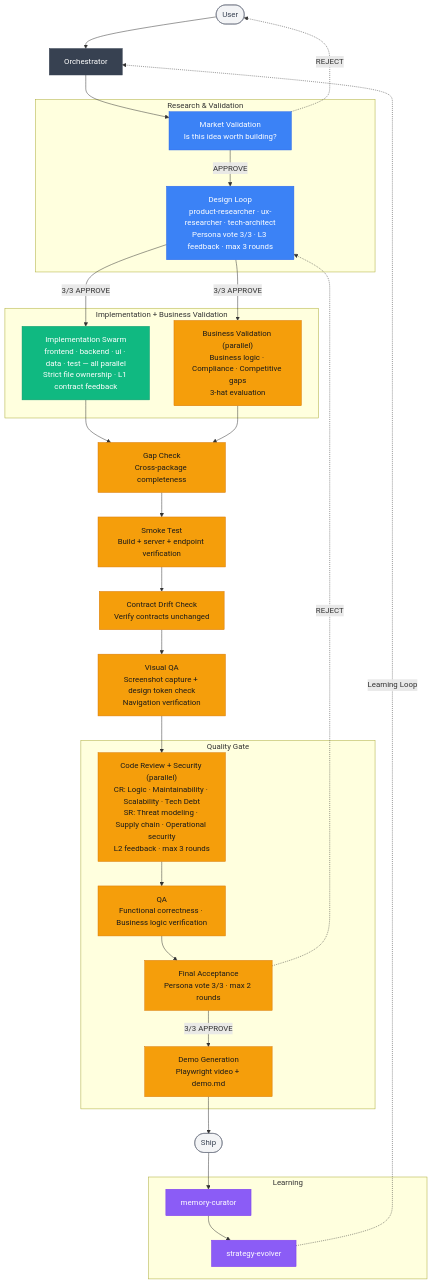
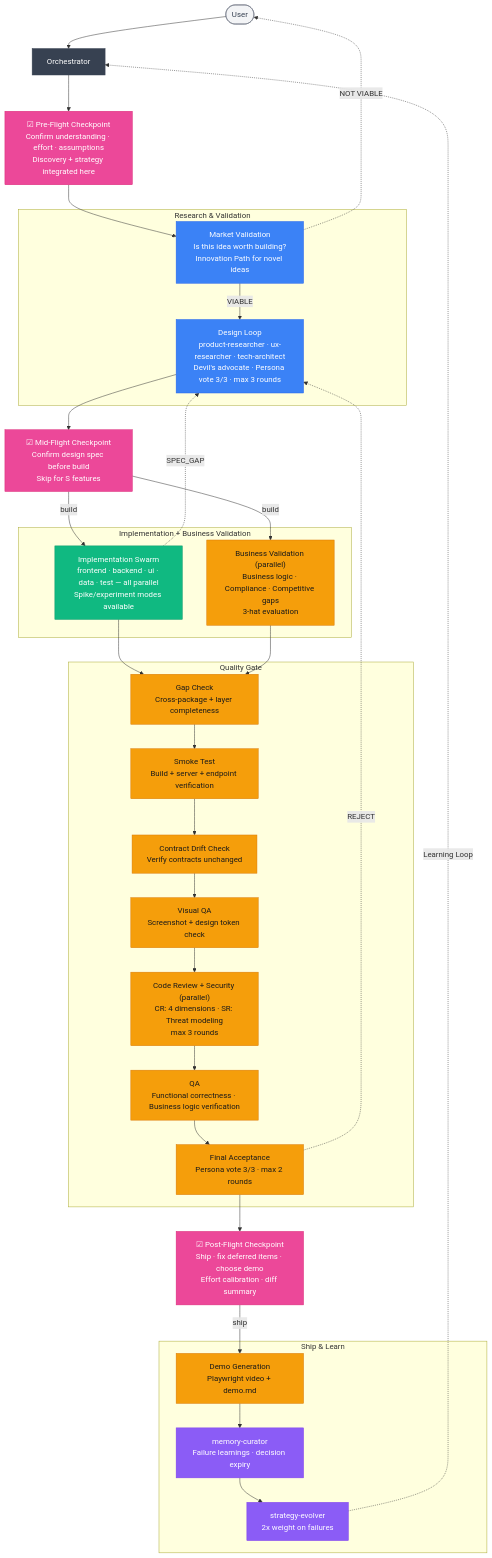
Before and after one commit to zee-sandev/solo-dev: the diagram in wiki/Feature-Lifecycle.md, drawn with Mermaid. The commit also changed other lines of this file and 23 other files, not shown here.

First line of the commit message:
feat: add 12 anti-bias systems, spike/experiment modes, effort calibration, and 22-agent architecture

````diff
--- a/wiki/Feature-Lifecycle.md
+++ b/wiki/Feature-Lifecycle.md
@@ -7,53 +7,67 @@
 ```mermaid
 flowchart TD
     classDef orch fill:#374151,color:#fff,stroke:#374151
     classDef research fill:#3b82f6,color:#fff,stroke:#2563eb
     classDef impl fill:#10b981,color:#fff,stroke:#059669
     classDef quality fill:#f59e0b,color:#1a1a1a,stroke:#d97706
     classDef memory fill:#8b5cf6,color:#fff,stroke:#7c3aed
     classDef terminal fill:#f3f4f6,stroke:#6b7280,color:#374151
+    classDef checkpoint fill:#ec4899,color:#fff,stroke:#db2777
 
     U([User]):::terminal --> O[Orchestrator]:::orch
 
+    O --> PF["☑ Pre-Flight Checkpoint<br/>Confirm understanding · effort · assumptions<br/>Discovery + strategy integrated here"]:::checkpoint
+
     subgraph RESEARCH["  Research & Validation  "]
-        P0["Market Validation<br/>Is this idea worth building?"]:::research
-        P12["Design Loop<br/>product-researcher · ux-researcher · tech-architect<br/>Persona vote 3/3 · L3 feedback · max 3 rounds"]:::research
+        P0["Market Validation<br/>Is this idea worth building?<br/>Innovation Path for novel ideas"]:::research
+        P12["Design Loop<br/>product-researcher · ux-researcher · tech-architect<br/>Devil's advocate · Persona vote 3/3 · max 3 rounds"]:::research
     end
 
+    PF --> P0
+    P0 -->|VIABLE| P12
+    P0 -.->|NOT VIABLE| U
+
+    P12 --> MF["☑ Mid-Flight Checkpoint<br/>Confirm design spec before build<br/>Skip for S features"]:::checkpoint
+
     subgraph IMPL["  Implementation + Business Validation  "]
-        P2["Implementation Swarm<br/>frontend · backend · ui · data · test — all parallel<br/>Strict file ownership · L1 contract feedback"]:::impl
+        P2["Implementation Swarm<br/>frontend · backend · ui · data · test — all parallel<br/>Spike/experiment modes available"]:::impl
         BV["Business Validation (parallel)<br/>Business logic · Compliance · Competitive gaps<br/>3-hat evaluation"]:::quality
     end
 
+    MF -->|build| P2
+    MF -->|build| BV
+    P2 -.->|SPEC_GAP| P12
+
     subgraph QUALITY["  Quality Gate  "]
-        P3["Code Review + Security (parallel)<br/>CR: Logic · Maintainability · Scalability · Tech Debt<br/>SR: Threat modeling · Supply chain · Operational security<br/>L2 feedback · max 3 rounds"]:::quality
+        GC["Gap Check<br/>Cross-package + layer completeness"]:::quality
+        ST["Smoke Test<br/>Build + server + endpoint verification"]:::quality
+        DCH["Contract Drift Check<br/>Verify contracts unchanged"]:::quality
+        VQA["Visual QA<br/>Screenshot + design token check"]:::quality
+        P3["Code Review + Security (parallel)<br/>CR: 4 dimensions · SR: Threat modeling<br/>max 3 rounds"]:::quality
         P45["QA<br/>Functional correctness · Business logic verification"]:::quality
         P7["Final Acceptance<br/>Persona vote 3/3 · max 2 rounds"]:::quality
-        P8["Demo Generation<br/>Playwright video + demo.md"]:::quality
     end
 
-    subgraph LEARNING["  Learning  "]
-        MC[memory-curator]:::memory
-        SE[strategy-evolver]:::memory
-    end
-
-    O --> P0
-    P0 -->|APPROVE| P12
-    P0 -.->|REJECT| U
-    P12 -->|3/3 APPROVE| P2
-    P12 -->|3/3 APPROVE| BV
-    P2 --> GC["Gap Check<br/>Cross-package completeness"]:::quality
+    P2 --> GC
     BV --> GC
-    GC --> ST["Smoke Test<br/>Build + server + endpoint verification"]:::quality
-    ST --> DCH["Contract Drift Check<br/>Verify contracts unchanged"]:::quality
-    DCH --> VQA["Visual QA<br/>Screenshot capture + design token check<br/>Navigation verification"]:::quality
+    GC --> ST
+    ST --> DCH
+    DCH --> VQA
     VQA --> P3
     P3 --> P45
     P45 --> P7
-    P7 -->|3/3 APPROVE| P8
     P7 -.->|REJECT| P12
-    P8 --> SHIP([Ship]):::terminal
-    SHIP --> MC
+
+    P7 --> POF["☑ Post-Flight Checkpoint<br/>Ship · fix deferred items · choose demo<br/>Effort calibration · diff summary"]:::checkpoint
+
+    subgraph SHIP_LEARN["  Ship & Learn  "]
+        P8["Demo Generation<br/>Playwright video + demo.md"]:::quality
+        MC[memory-curator<br/>Failure learnings · decision expiry]:::memory
+        SE[strategy-evolver<br/>2x weight on failures]:::memory
+    end
+
+    POF -->|ship| P8
+    P8 --> MC
     MC --> SE
     SE -.->|Learning Loop| O
 ```
````
